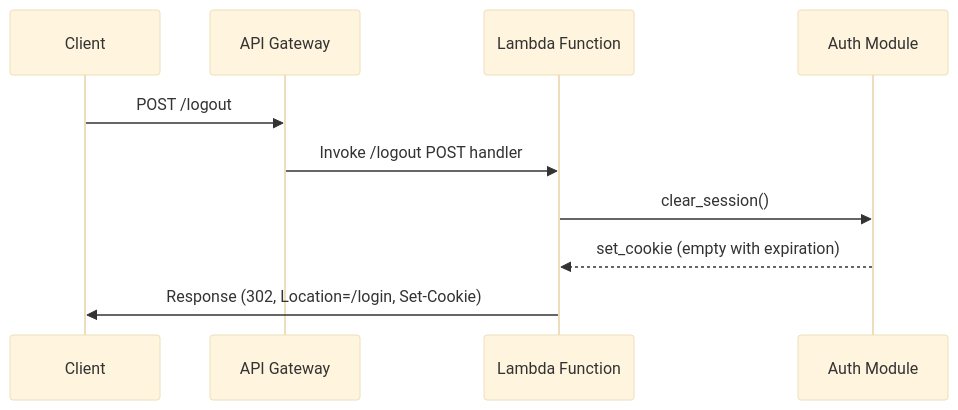
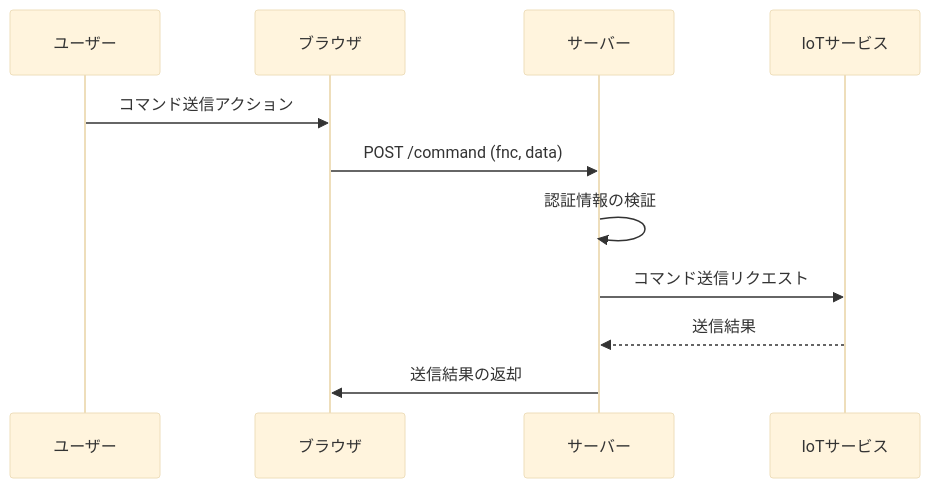
Before and after one commit to jcnwkoya/GENAI-APP: the fifth of 7 diagrams in docs/api_spec.md, drawn with Mermaid (base theme). The commit also changed other lines of this file and 9 other files, not shown here.

````diff
--- a/docs/api_spec.md
+++ b/docs/api_spec.md
@@ -258,13 +306,14 @@
 ```mermaid
 sequenceDiagram
-    participant Client
-    participant API Gateway
-    participant Lambda Function
-    participant Auth Module
+    participant ユーザー
+    participant ブラウザ
+    participant サーバー
+    participant IoTサービス
 
-    Client->>API Gateway: POST /logout
-    API Gateway->>Lambda Function: Invoke /logout POST handler
-    Lambda Function->>Auth Module: clear_session()
-    Auth Module-->>Lambda Function: set_cookie (empty with expiration)
-    Lambda Function->>Client: Response (302, Location=/login, Set-Cookie)
+    ユーザー->>ブラウザ: コマンド送信アクション
+    ブラウザ->>サーバー: POST /command (fnc, data)
+    サーバー->>サーバー: 認証情報の検証
+    サーバー->>IoTサービス: コマンド送信リクエスト
+    IoTサービス-->>サーバー: 送信結果
+    サーバー->>ブラウザ: 送信結果の返却
 ```
````
